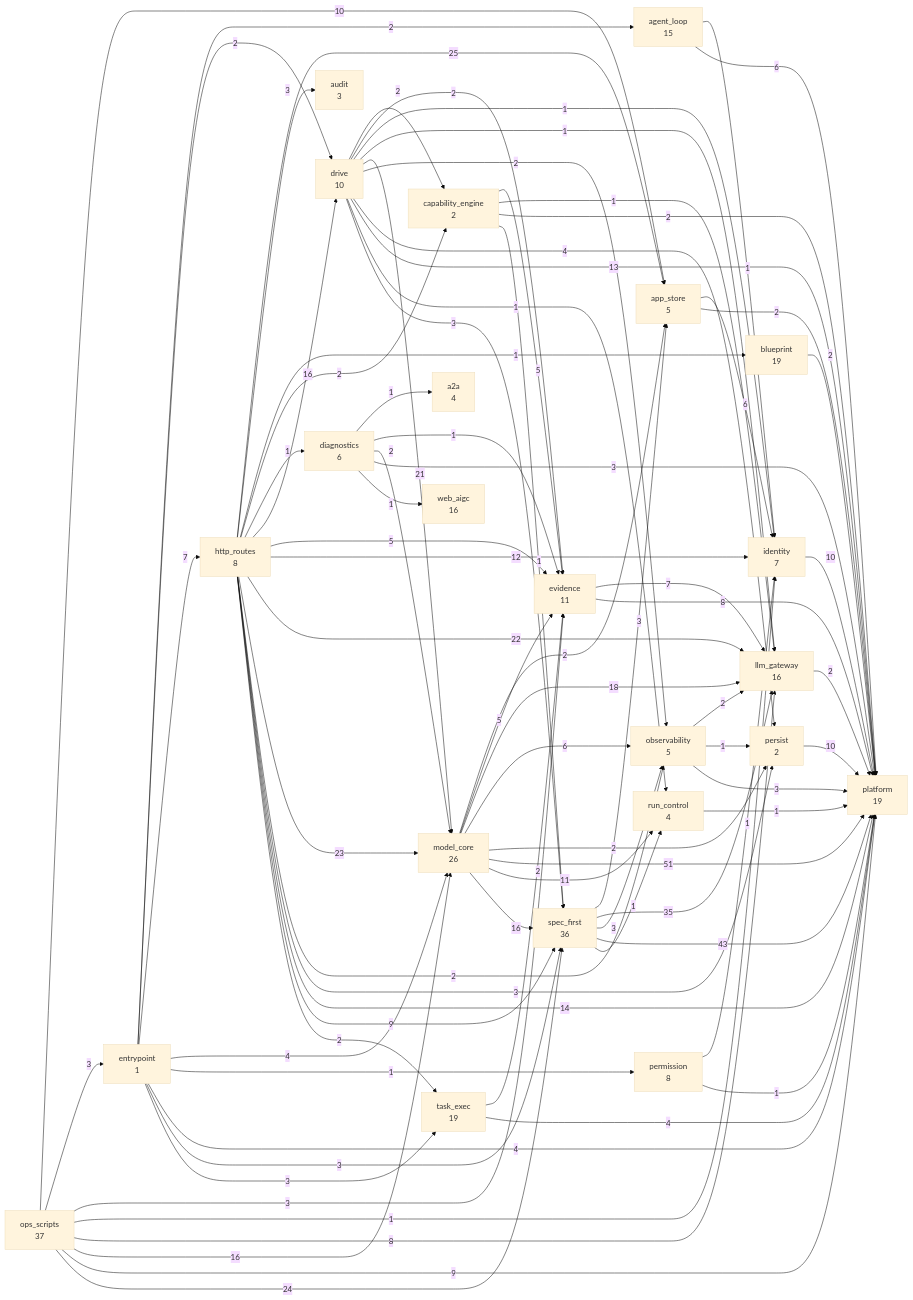
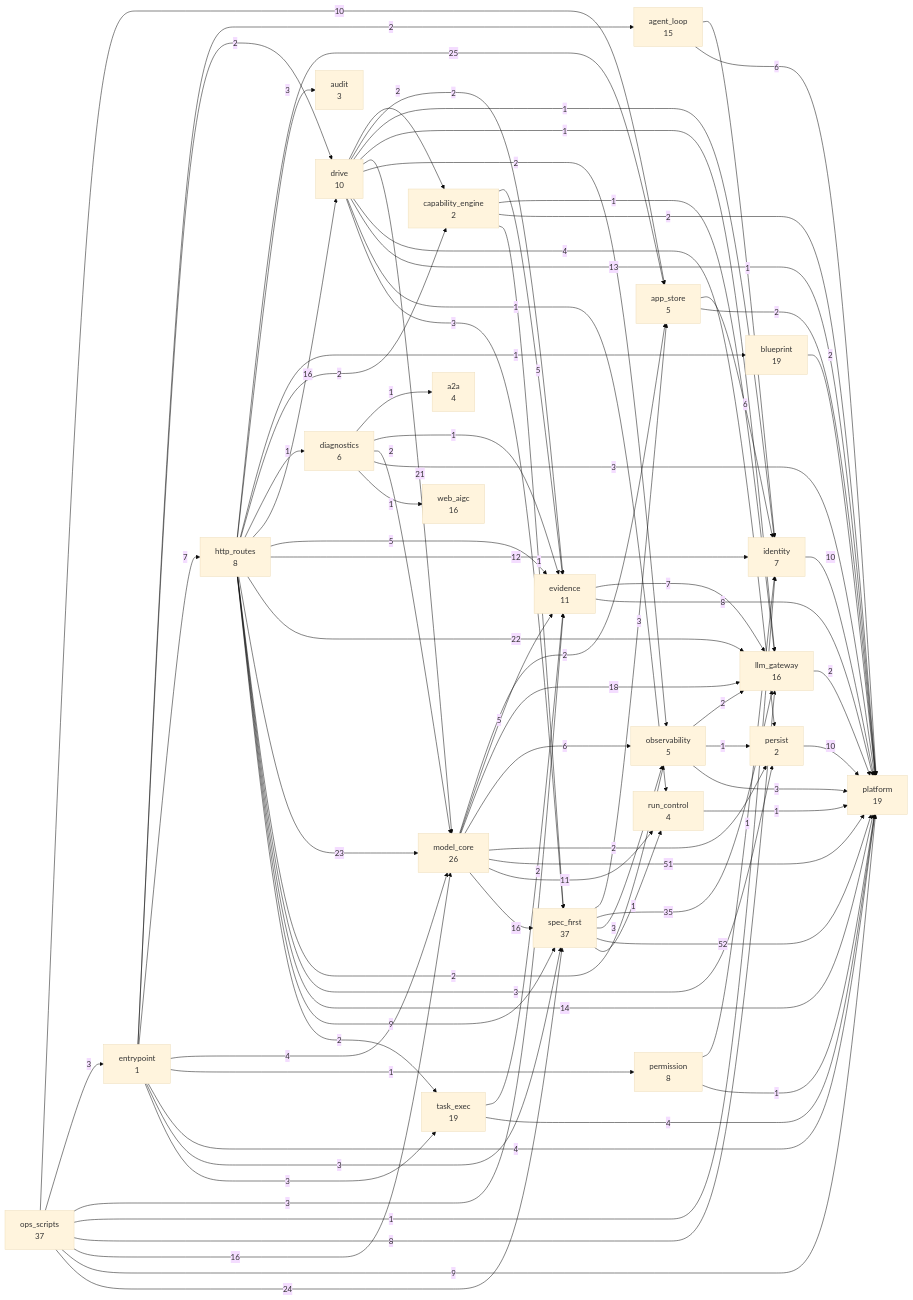
One commit to 2686521696/WhyBuddy changed the second of 2 diagrams in docs/SlideRule V6.2 架构图（自动生成）.md. Above: the diagram before and after it, drawn with Mermaid (base theme). The commit also changed other lines of this file and 30 other files, not shown here.

```diff
--- a/docs/SlideRule V6.2 架构图（自动生成）.md
+++ b/docs/SlideRule V6.2 架构图（自动生成）.md
@@ -110,7 +110,7 @@
   persist["persist<br/>2"]
   platform["platform<br/>19"]
   run_control["run_control<br/>4"]
-  spec_first["spec_first<br/>36"]
+  spec_first["spec_first<br/>37"]
   task_exec["task_exec<br/>19"]
   web_aigc["web_aigc<br/>16"]
   agent_loop -->|1| identity
@@ -190,7 +190,7 @@
   spec_first -->|3| app_store
   spec_first -->|35| llm_gateway
   spec_first -->|3| observability
-  spec_first -->|43| platform
+  spec_first -->|52| platform
   spec_first -->|1| run_control
   task_exec -->|2| evidence
   task_exec -->|4| platform
```
